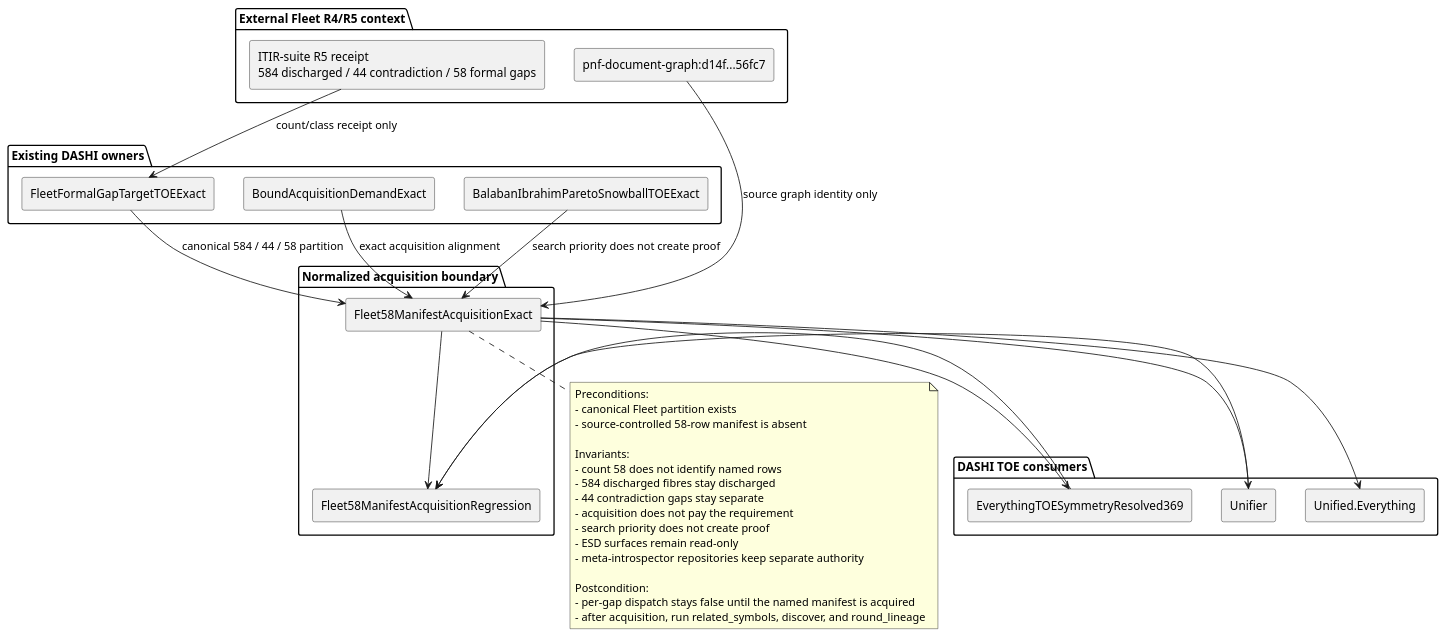
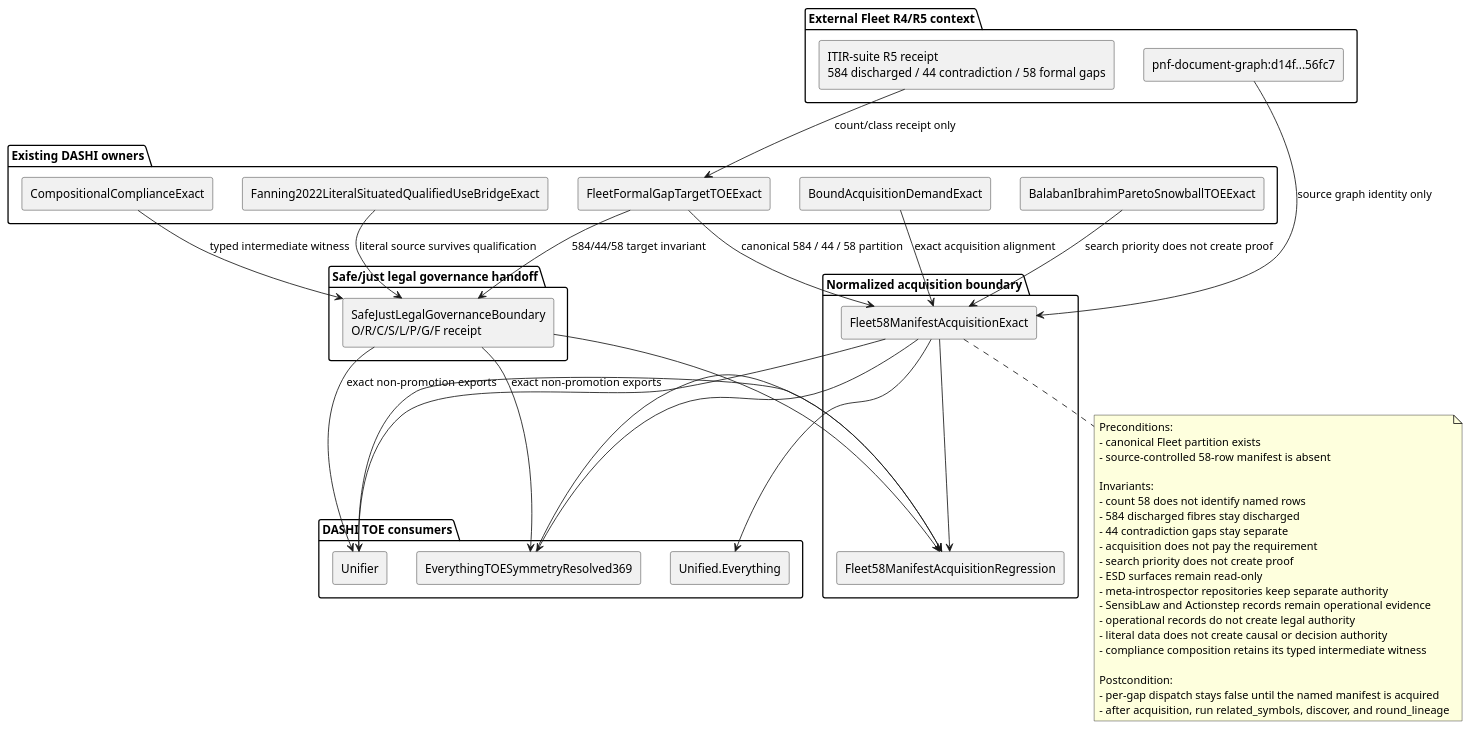
One commit to chboishabba/dashi_agda changed the diagram in Docs/architecture/Fleet58ManifestAcquisitionTOE.puml. Above: the diagram before and after it, drawn with PlantUML.

Commit message:
Docs: attach safe-just legal governance lane to Fleet58 C4 view

```diff
--- a/Docs/architecture/Fleet58ManifestAcquisitionTOE.puml
+++ b/Docs/architecture/Fleet58ManifestAcquisitionTOE.puml
@@ -1,58 +1,74 @@
 @startuml Fleet58ManifestAcquisitionTOE
 skinparam componentStyle rectangle
 
 package "External Fleet R4/R5 context" {
   component "ITIR-suite R5 receipt\n584 discharged / 44 contradiction / 58 formal gaps" as R5
   component "pnf-document-graph:d14f...56fc7" as Graph
 }
 
 package "Existing DASHI owners" {
+  component "CompositionalComplianceExact" as Compliance
+  component "Fanning2022LiteralSituatedQualifiedUseBridgeExact" as FanningLiteral
   component "FleetFormalGapTargetTOEExact" as Fleet
   component "BoundAcquisitionDemandExact" as Bound
   component "BalabanIbrahimParetoSnowballTOEExact" as Pareto
 }
 
 package "Normalized acquisition boundary" {
   component "Fleet58ManifestAcquisitionExact" as Manifest
   component "Fleet58ManifestAcquisitionRegression" as Regression
+}
+
+package "Safe/just legal governance handoff" {
+  component "SafeJustLegalGovernanceBoundary\nO/R/C/S/L/P/G/F receipt" as SafeJustLegal
 }
 
 package "DASHI TOE consumers" {
   component "EverythingTOESymmetryResolved369" as TOE
   component "Unifier" as Unifier
   component "Unified.Everything" as Unified
 }
 
 R5 --> Fleet : count/class receipt only
 Graph --> Manifest : source graph identity only
 Fleet --> Manifest : canonical 584 / 44 / 58 partition
 Bound --> Manifest : exact acquisition alignment
 Pareto --> Manifest : search priority does not create proof
+Compliance --> SafeJustLegal : typed intermediate witness
+FanningLiteral --> SafeJustLegal : literal source survives qualification
+Fleet --> SafeJustLegal : 584/44/58 target invariant
+SafeJustLegal --> TOE : exact non-promotion exports
+SafeJustLegal --> Unifier : exact non-promotion exports
 
 Manifest --> TOE
 Manifest --> Unifier
 Manifest --> Unified
 Manifest --> Regression
+SafeJustLegal --> Regression
 TOE --> Regression
 Unifier --> Regression
 
 note bottom of Manifest
 Preconditions:
 - canonical Fleet partition exists
 - source-controlled 58-row manifest is absent
 
 Invariants:
 - count 58 does not identify named rows
 - 584 discharged fibres stay discharged
 - 44 contradiction gaps stay separate
 - acquisition does not pay the requirement
 - search priority does not create proof
 - ESD surfaces remain read-only
 - meta-introspector repositories keep separate authority
+- SensibLaw and Actionstep records remain operational evidence
+- operational records do not create legal authority
+- literal data does not create causal or decision authority
+- compliance composition retains its typed intermediate witness
 
 Postcondition:
 - per-gap dispatch stays false until the named manifest is acquired
 - after acquisition, run related_symbols, discover, and round_lineage
 end note
 
 @enduml
```
